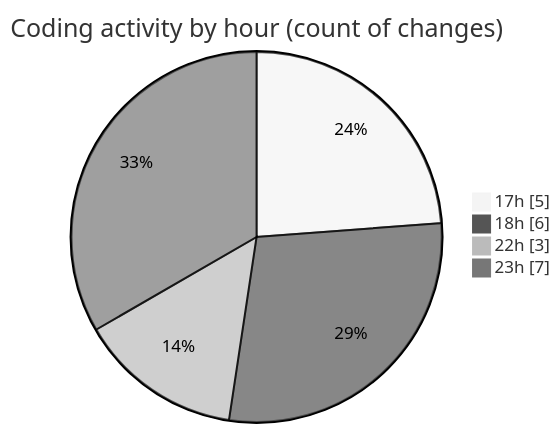
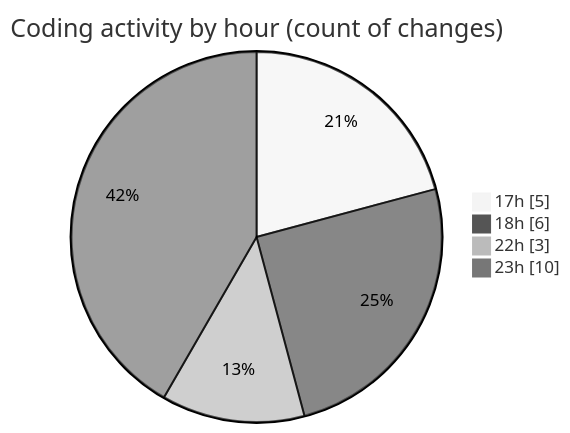
The second of 2 diagrams in 2025-02-07/portofolio/README.md (donsfak/code-tracking), drawn with Mermaid (neutral theme) before and after one commit. The commit also changed other lines of this file and 1 other file, not shown here.

````diff
--- a/2025-02-07/portofolio/README.md
+++ b/2025-02-07/portofolio/README.md
@@ -30,8 +30,8 @@
 ```mermaid
 pie showData
 title Coding activity by hour (count of changes)
 "17h" : 5
 "18h" : 6
 "22h" : 3
-"23h" : 7
+"23h" : 10
 ```
````
